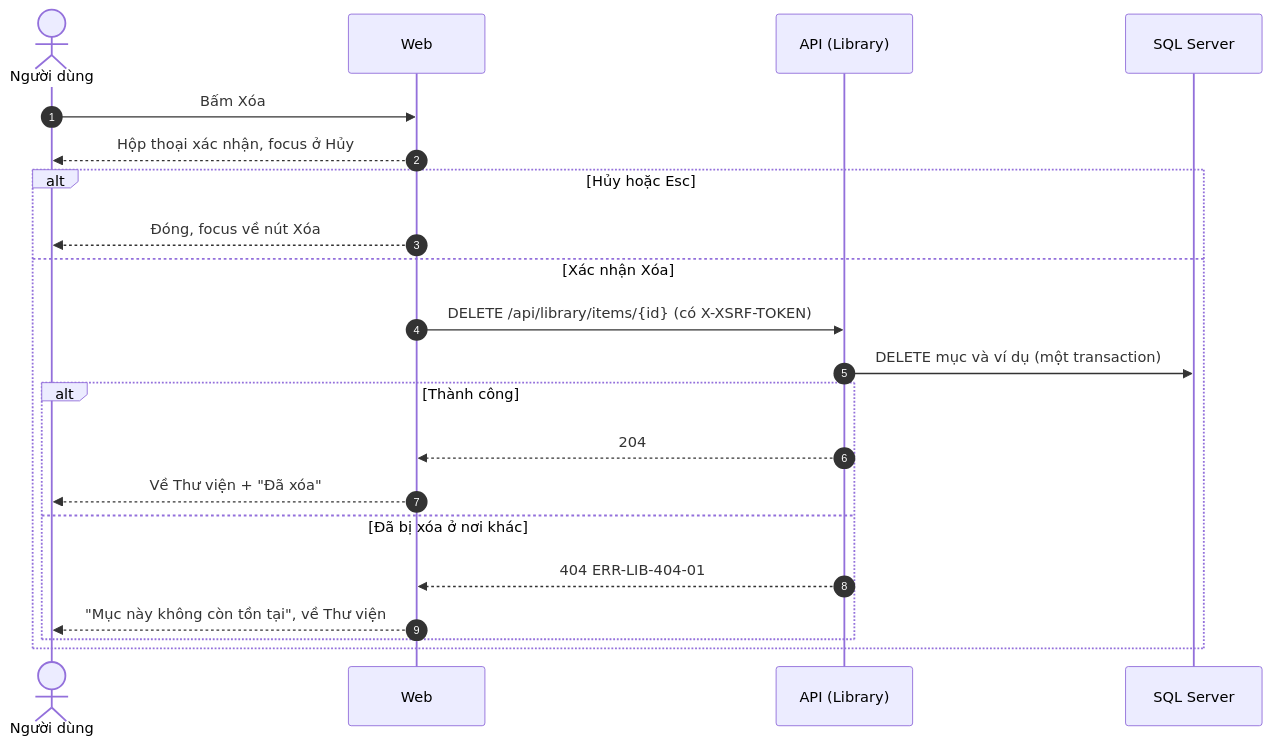
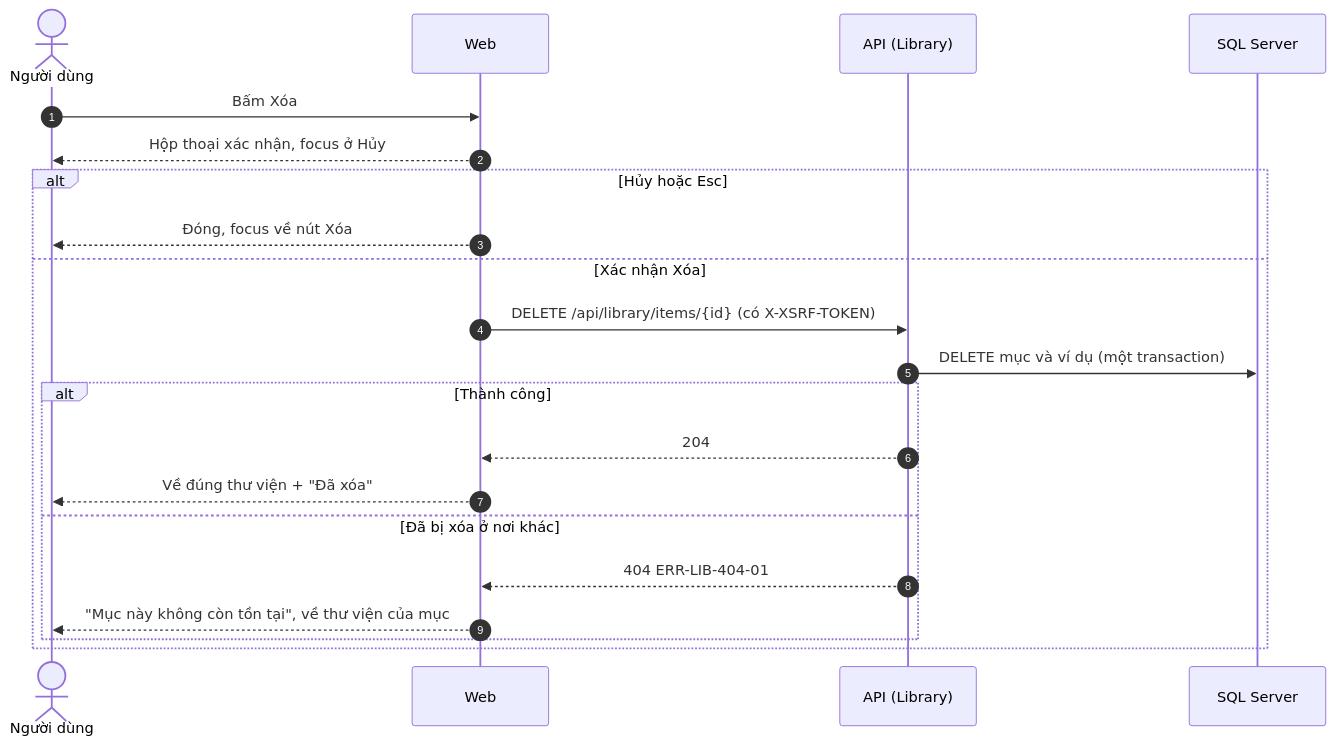
The second of 2 diagrams in docs/features/knowledge-items/srs/US-LIB-06-delete-item.md (pamela172103/Lingozi), drawn with Mermaid before and after one commit. The commit also changed other lines of this file and 91 other files, not shown here.

````diff
--- a/docs/features/knowledge-items/srs/US-LIB-06-delete-item.md
+++ b/docs/features/knowledge-items/srs/US-LIB-06-delete-item.md
@@ -82,23 +83,23 @@
 ```mermaid
 sequenceDiagram
     autonumber
     actor U as Người dùng
     participant W as Web
     participant A as API (Library)
     participant DB as SQL Server
     U->>W: Bấm Xóa
     W-->>U: Hộp thoại xác nhận, focus ở Hủy
     alt Hủy hoặc Esc
         W-->>U: Đóng, focus về nút Xóa
     else Xác nhận Xóa
         W->>A: DELETE /api/library/items/{id} (có X-XSRF-TOKEN)
         A->>DB: DELETE mục và ví dụ (một transaction)
         alt Thành công
             A-->>W: 204
-            W-->>U: Về Thư viện + "Đã xóa"
+            W-->>U: Về đúng thư viện + "Đã xóa"
         else Đã bị xóa ở nơi khác
             A-->>W: 404 ERR-LIB-404-01
-            W-->>U: "Mục này không còn tồn tại", về Thư viện
+            W-->>U: "Mục này không còn tồn tại", về thư viện của mục
         end
     end
 ```
````
